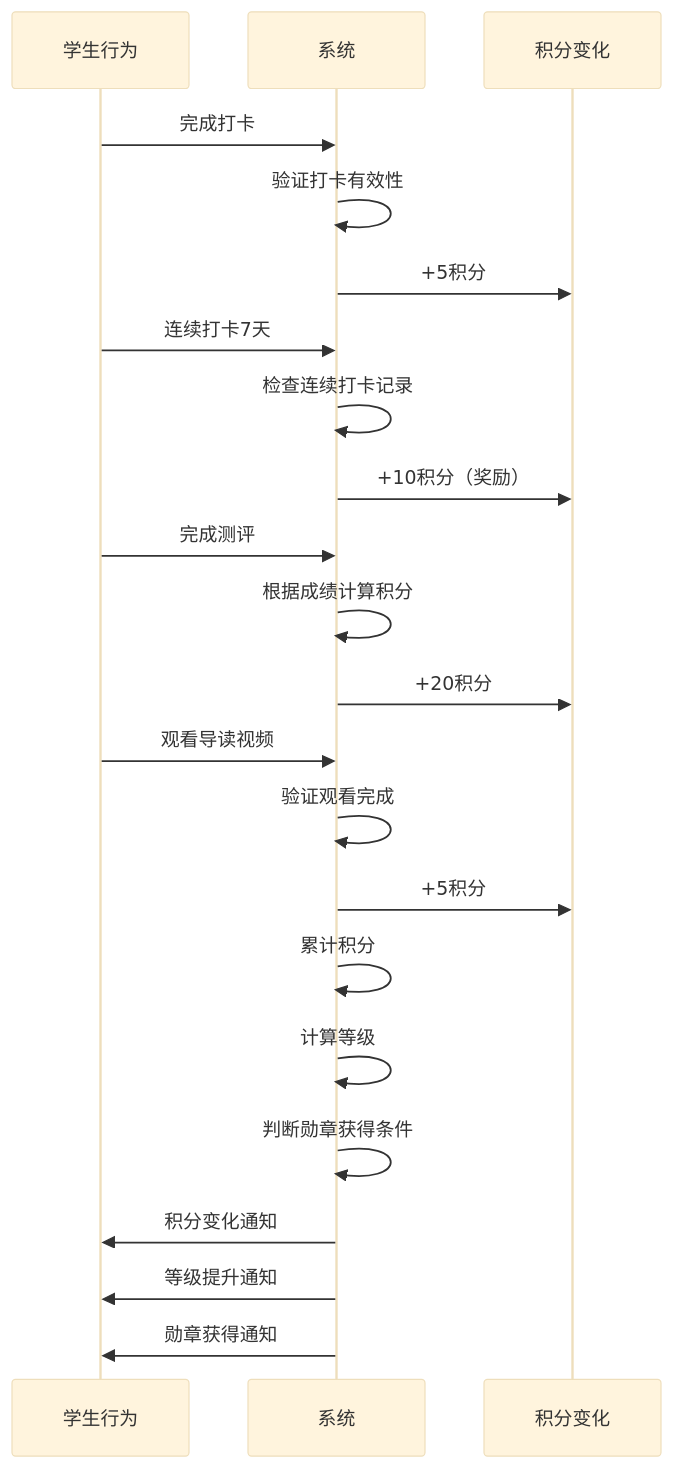
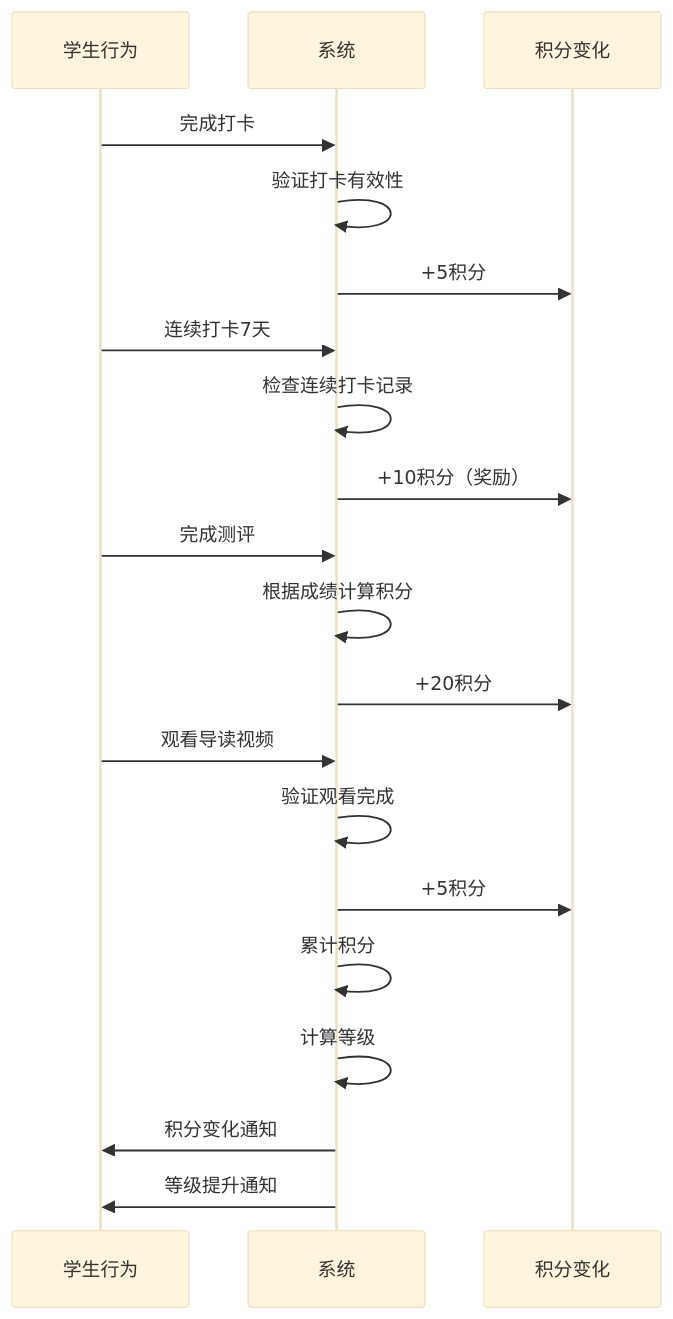
Diagram 14 of 18 in 2-AI伴读V1.0/PRD文档/校校读吧学生端PRD_V1.0.md (22816523/math-kids), drawn with Mermaid (base theme) before and after one commit. The commit also changed other lines of this file and 9 other files, not shown here.

````diff
--- a/2-AI伴读V1.0/PRD文档/校校读吧学生端PRD_V1.0.md
+++ b/2-AI伴读V1.0/PRD文档/校校读吧学生端PRD_V1.0.md
@@ -815,30 +813,28 @@
 ```mermaid
 sequenceDiagram
     participant Behavior as 学生行为
     participant System as 系统
     participant Points as 积分变化
 
     Behavior->>System: 完成打卡
     System->>System: 验证打卡有效性
     System->>Points: +5积分
 
     Behavior->>System: 连续打卡7天
     System->>System: 检查连续打卡记录
     System->>Points: +10积分（奖励）
 
     Behavior->>System: 完成测评
     System->>System: 根据成绩计算积分
     System->>Points: +20积分
 
     Behavior->>System: 观看导读视频
     System->>System: 验证观看完成
     System->>Points: +5积分
 
     System->>System: 累计积分
     System->>System: 计算等级
-    System->>System: 判断勋章获得条件
 
     System->>Behavior: 积分变化通知
     System->>Behavior: 等级提升通知
-    System->>Behavior: 勋章获得通知
 ```
````
